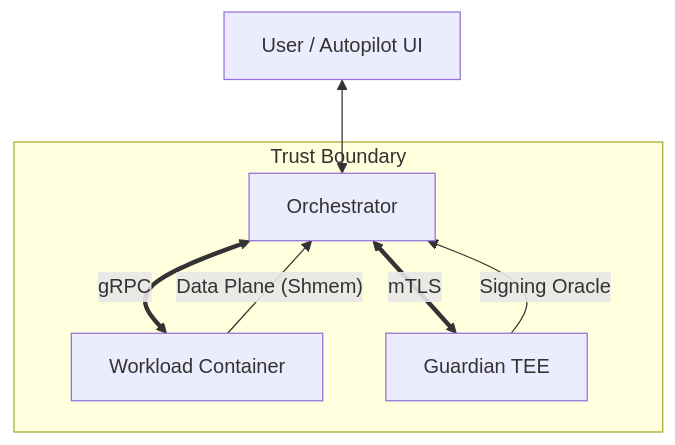
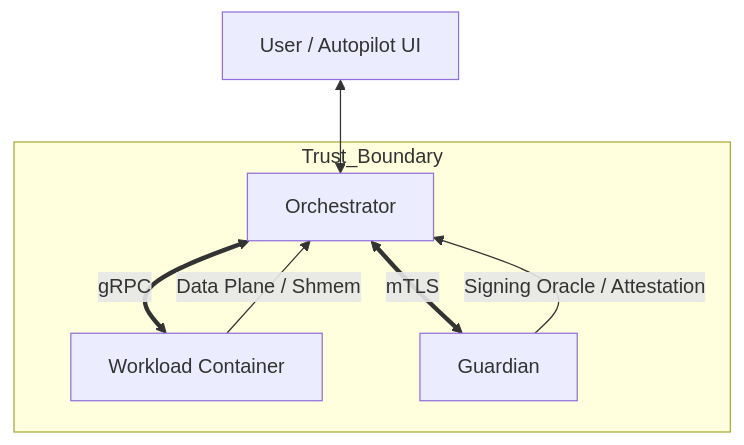
Before and after one commit to ioi-foundation/ioi: the second of 2 diagrams in README.md, drawn with Mermaid. The commit also changed other lines of this file and 30 other files, not shown here.

````diff
--- a/README.md
+++ b/README.md
@@ -25,12 +98,12 @@
 ```mermaid
 graph TD
     User[User / Autopilot UI] <--> O[Orchestrator]
-    
-    subgraph "Trust Boundary"
+
+    subgraph Trust_Boundary
         O <== gRPC ==> W[Workload Container]
-        O <== mTLS ==> G[Guardian TEE]
+        O <== mTLS ==> G[Guardian]
     end
 
-    W -- "Data Plane (Shmem)" --> O
-    G -- "Signing Oracle" --> O
+    W -- Data Plane / Shmem --> O
+    G -- Signing Oracle / Attestation --> O
 ```
````
